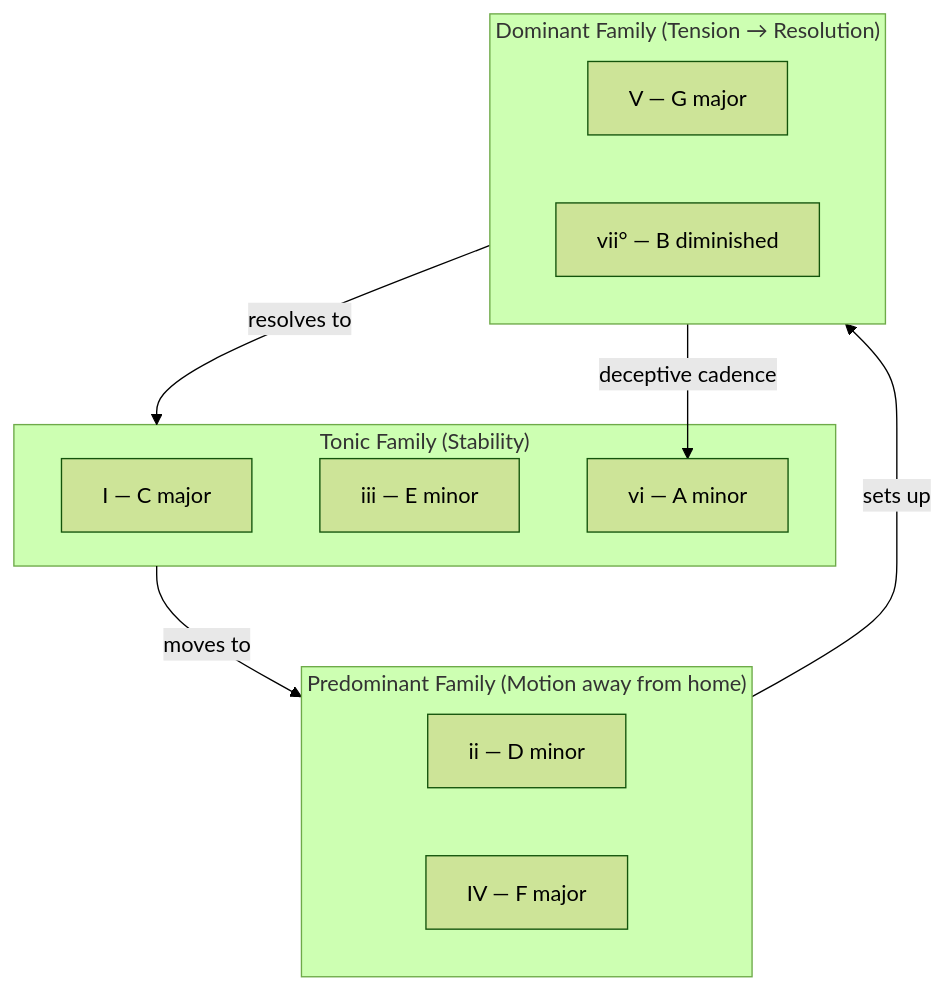
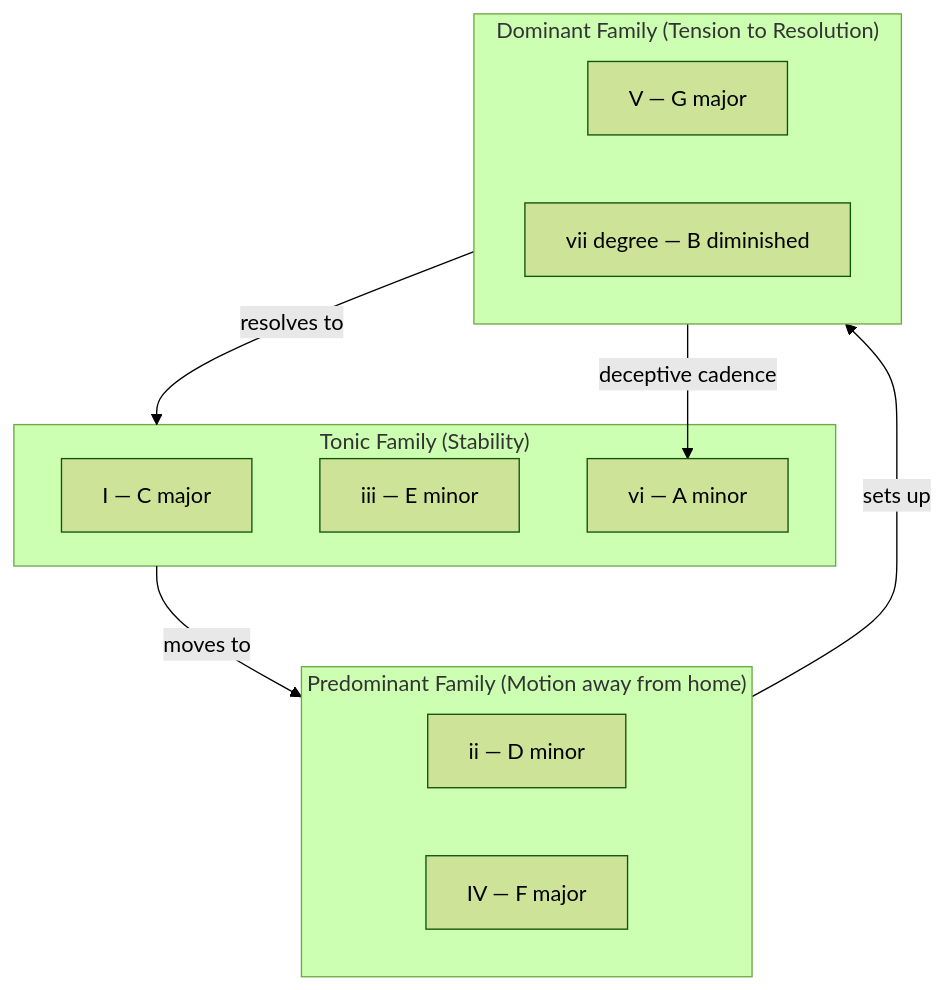
Before and after one commit to blebleblee/synapse: the first of 3 diagrams in topics/arts/music_performance/piano/lesson_03_diatonic_chords_and_voice_leading.md, drawn with Mermaid (forest theme). The commit also changed other lines of this file and 4 other files, not shown here.

````diff
--- a/topics/arts/music_performance/piano/lesson_03_diatonic_chords_and_voice_leading.md
+++ b/topics/arts/music_performance/piano/lesson_03_diatonic_chords_and_voice_leading.md
@@ -141,23 +126,23 @@
 ```mermaid
 graph TD
     subgraph sub_tonic ["Tonic Family (Stability)"]
         I["I — C major"]
         iii["iii — E minor"]
         vi["vi — A minor"]
     end
 
     subgraph sub_pre ["Predominant Family (Motion away from home)"]
         ii["ii — D minor"]
         IV["IV — F major"]
     end
 
-    subgraph sub_dom ["Dominant Family (Tension → Resolution)"]
+    subgraph sub_dom ["Dominant Family (Tension to Resolution)"]
         V["V — G major"]
-        vii["vii° — B diminished"]
+        vii["vii degree — B diminished"]
     end
 
     sub_tonic -->|"moves to"| sub_pre
     sub_pre -->|"sets up"| sub_dom
     sub_dom -->|"resolves to"| sub_tonic
     sub_dom -->|"deceptive cadence"| vi
 ```
````
